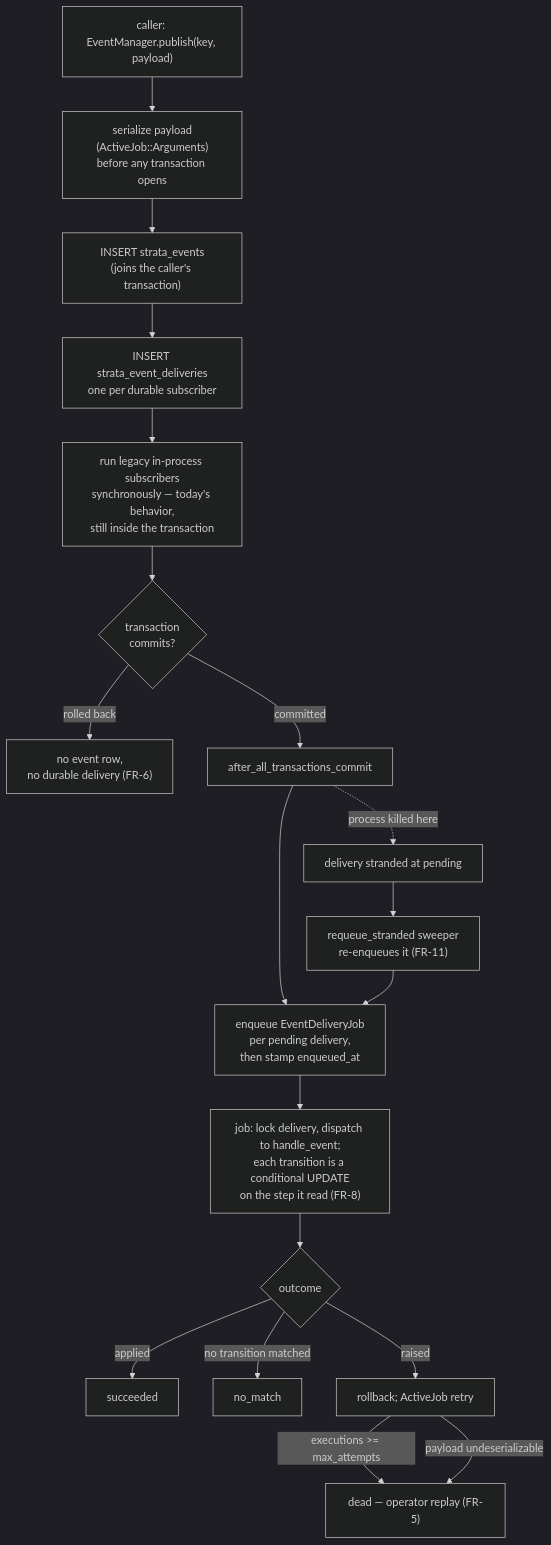
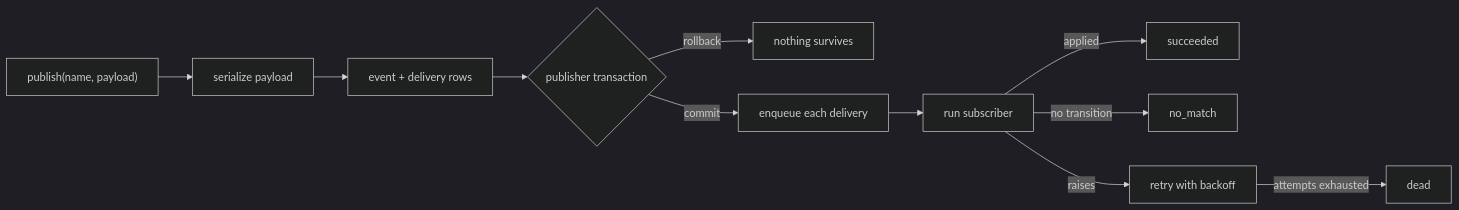
The diagram in docs/specs/durable-events/spec.md (navapbc/strata-sdk-rails), drawn with Mermaid (dark theme) before and after one commit. The commit also changed other lines of this file and 2 other files, not shown here.

Commit message:
Replace durable events spec with summary

````diff
--- a/docs/specs/durable-events/spec.md
+++ b/docs/specs/durable-events/spec.md
@@ -171,21 +38,13 @@
 ```mermaid
-flowchart TD
-  A["caller: EventManager.publish(key, payload)"] --> B["serialize payload<br/>(ActiveJob::Arguments)<br/>before any transaction opens"]
-  B --> C["INSERT strata_events<br/>(joins the caller's transaction)"]
-  C --> D["INSERT strata_event_deliveries<br/>one per durable subscriber"]
-  D --> I["run legacy in-process subscribers<br/>synchronously — today's behavior,<br/>still inside the transaction"]
-  I --> E{"transaction<br/>commits?"}
-  E -->|"rolled back"| F["no event row,<br/>no durable delivery (FR-6)"]
-  E -->|"committed"| G["after_all_transactions_commit"]
-  G --> H["enqueue EventDeliveryJob<br/>per pending delivery,<br/>then stamp enqueued_at"]
-  G -.->|"process killed here"| R["delivery stranded at pending"]
-  R --> S["requeue_stranded sweeper<br/>re-enqueues it (FR-11)"]
-  S --> H
-  H --> J["job: lock delivery, dispatch to handle_event;<br/>each transition is a conditional UPDATE<br/>on the step it read (FR-8)"]
-  J --> K{"outcome"}
-  K -->|"applied"| L["succeeded"]
-  K -->|"no transition matched"| P["no_match"]
-  K -->|"raised"| M["rollback; ActiveJob retry"]
-  M -->|"executions >= max_attempts"| N["dead — operator replay (FR-5)"]
-  M -->|"payload undeserializable"| N
+flowchart LR
+  A["publish(name, payload)"] --> B["serialize payload"]
+  B --> C["event + delivery rows"]
+  C --> D{"publisher transaction"}
+  D -->|rollback| E["nothing survives"]
+  D -->|commit| F["enqueue each delivery"]
+  F --> G["run subscriber"]
+  G -->|applied| H["succeeded"]
+  G -->|no transition| I["no_match"]
+  G -->|raises| J["retry with backoff"]
+  J -->|attempts exhausted| K["dead"]
 ```
````
